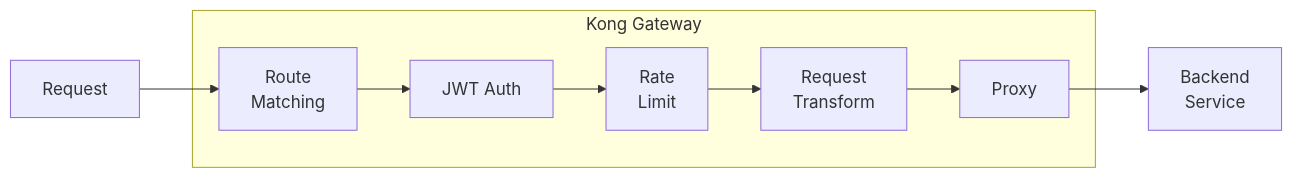
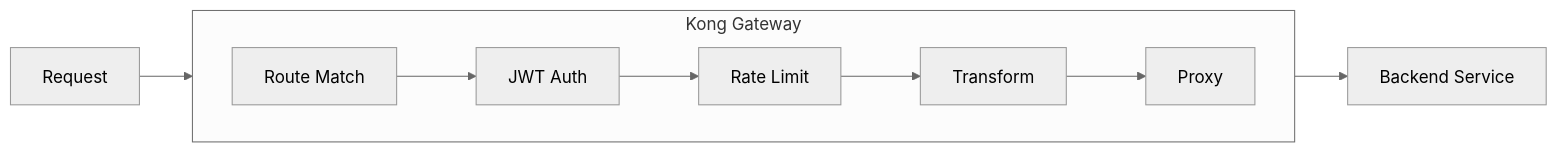
Before and after one commit to shanaka-versent/EKS-Kong-GatewayAPI-Demo: the ninth of 12 diagrams in README.md, drawn with Mermaid. The commit also changed other lines of this file, not shown here.

First line of the commit message:
Update all Mermaid diagrams: grayscale theme, horizontal alignment, clean labels

````diff
--- a/README.md
+++ b/README.md
@@ -466,16 +477,18 @@
 ```mermaid
+%%{init: {'theme': 'neutral'}}%%
 flowchart LR
     Req["Request"]
 
     subgraph Kong["Kong Gateway"]
-        Route["Route\nMatching"]
+        direction LR
+        Route["Route Match"]
         Auth["JWT Auth"]
-        Rate["Rate\nLimit"]
-        Transform["Request\nTransform"]
+        Rate["Rate Limit"]
+        Transform["Transform"]
         Proxy["Proxy"]
     end
 
-    Backend["Backend\nService"]
+    Backend["Backend Service"]
 
     Req --> Route --> Auth --> Rate --> Transform --> Proxy --> Backend
 ```
````
